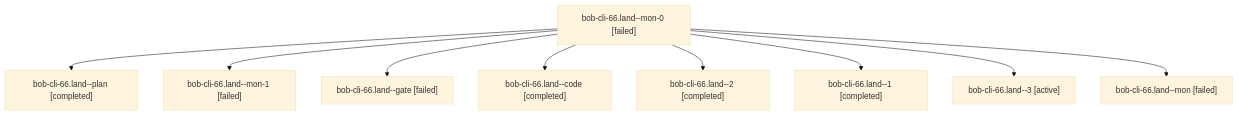
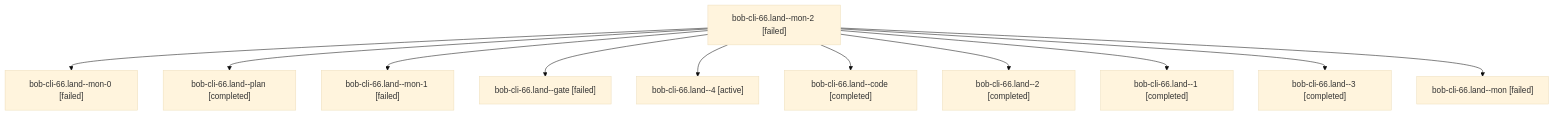
The diagram in sessions/bbugyi200.athena.bob-cli-66.land.md (bobs-org/bob-cli--agents), drawn with Mermaid (base theme) before and after one commit. The commit also changed other lines of this file and 48 other files, not shown here.

````diff
--- a/sessions/bbugyi200.athena.bob-cli-66.land.md
+++ b/sessions/bbugyi200.athena.bob-cli-66.land.md
@@ -9,20 +9,24 @@
 ```mermaid
 flowchart TD
-  n0["bob-cli-66.land--mon-0 [failed]"]
-  n1["bob-cli-66.land--plan [completed]"]
+  n0["bob-cli-66.land--mon-2 [failed]"]
+  n1["bob-cli-66.land--mon-0 [failed]"]
   n0 --> n1
-  n2["bob-cli-66.land--mon-1 [failed]"]
+  n2["bob-cli-66.land--plan [completed]"]
   n0 --> n2
-  n3["bob-cli-66.land--gate [failed]"]
+  n3["bob-cli-66.land--mon-1 [failed]"]
   n0 --> n3
-  n4["bob-cli-66.land--code [completed]"]
+  n4["bob-cli-66.land--gate [failed]"]
   n0 --> n4
-  n5["bob-cli-66.land--2 [completed]"]
+  n5["bob-cli-66.land--4 [active]"]
   n0 --> n5
-  n6["bob-cli-66.land--1 [completed]"]
+  n6["bob-cli-66.land--code [completed]"]
   n0 --> n6
-  n7["bob-cli-66.land--3 [active]"]
+  n7["bob-cli-66.land--2 [completed]"]
   n0 --> n7
-  n8["bob-cli-66.land--mon [failed]"]
+  n8["bob-cli-66.land--1 [completed]"]
   n0 --> n8
+  n9["bob-cli-66.land--3 [completed]"]
+  n0 --> n9
+  n10["bob-cli-66.land--mon [failed]"]
+  n0 --> n10
 ```
````
